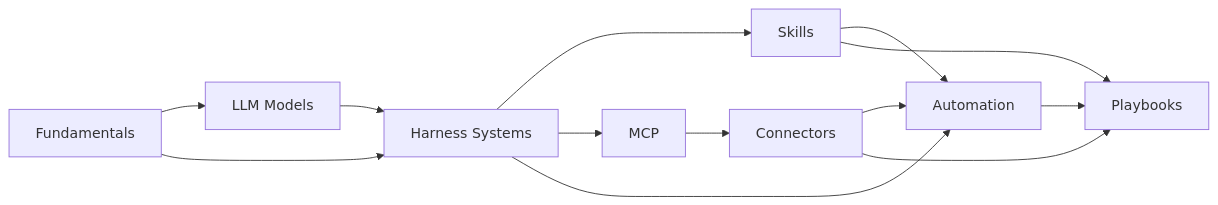
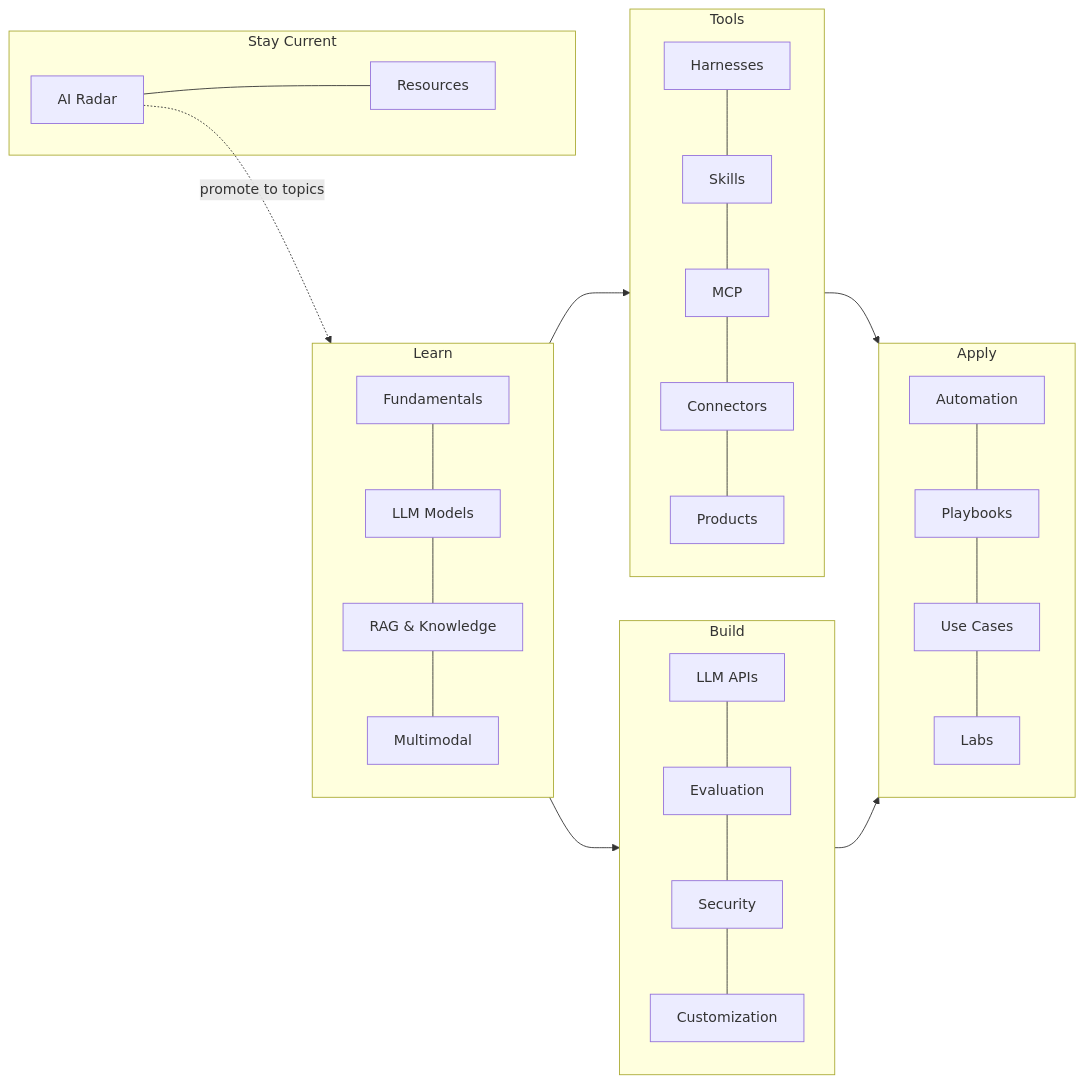
The diagram in docs/start-here/index.md (ngocanhk27/AI-skills-learning-decelopment), drawn with Mermaid before and after one commit. The commit also changed other lines of this file and 29 other files, not shown here.

````diff
--- a/docs/start-here/index.md
+++ b/docs/start-here/index.md
@@ -20,15 +22,21 @@
 ```mermaid
 flowchart LR
-    F[Fundamentals] --> M[LLM Models]
-    F --> H[Harness Systems]
-    M --> H
-    H --> S[Skills]
-    H --> MCP[MCP]
-    MCP --> C[Connectors]
-    S --> A[Automation]
-    C --> A
-    H --> A
-    A --> P[Playbooks]
-    S --> P
-    C --> P
+    subgraph Learn
+        F[Fundamentals] --- M[LLM Models] --- R[RAG & Knowledge] --- MM[Multimodal]
+    end
+    subgraph Tools
+        H[Harnesses] --- S[Skills] --- MCP --- C[Connectors] --- PR[Products]
+    end
+    subgraph Build
+        API[LLM APIs] --- E[Evaluation] --- SEC[Security] --- CU[Customization]
+    end
+    subgraph Apply
+        A[Automation] --- P[Playbooks] --- U[Use Cases] --- L[Labs]
+    end
+    subgraph Stay Current
+        RD[AI Radar] --- RS[Resources]
+    end
+    Learn --> Tools --> Apply
+    Learn --> Build --> Apply
+    RD -. promote to topics .-> Learn
 ```
````
